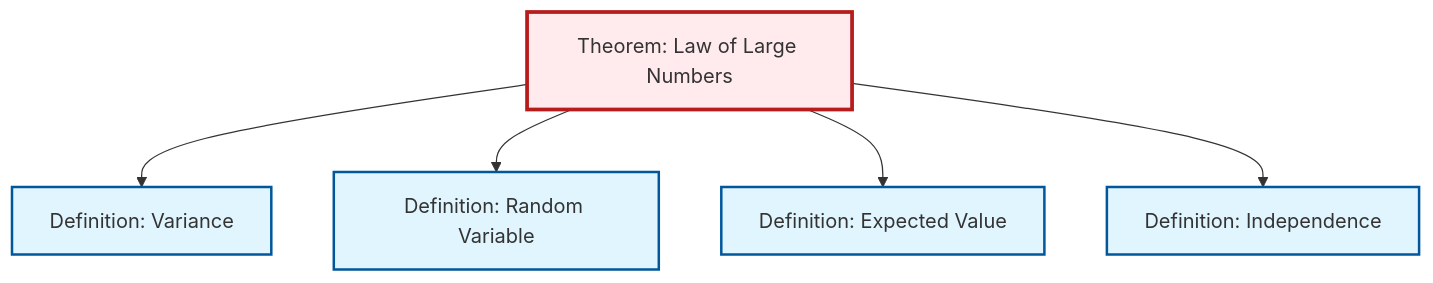
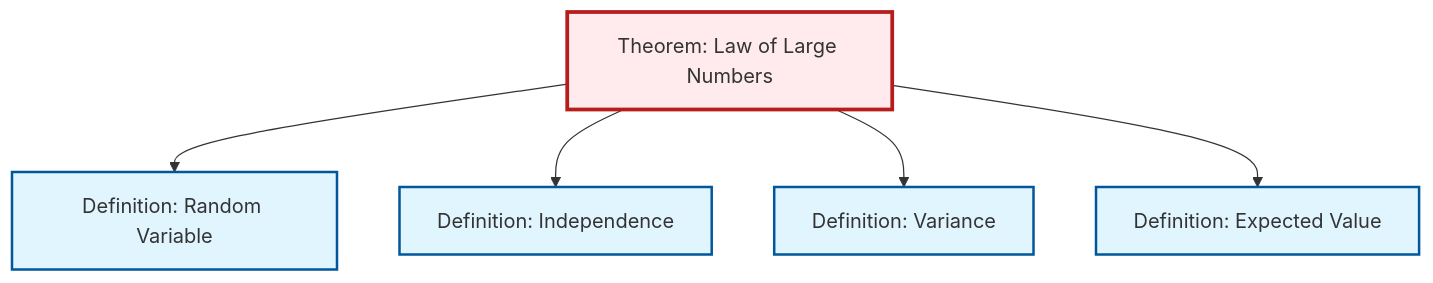
The second of 2 diagrams in content/ja/probability-statistics/thm-law-of-large-numbers.qmd (RK0429/ModernMath), drawn with Mermaid before and after one commit. The commit also changed other lines of this file and 491 other files, not shown here.

````diff
--- a/content/ja/probability-statistics/thm-law-of-large-numbers.qmd
+++ b/content/ja/probability-statistics/thm-law-of-large-numbers.qmd
@@ -84,23 +89,23 @@
 ```{mermaid}
 %%| fig-cap: "Local dependency graph"
 graph TD
     classDef definition fill:#e1f5fe,stroke:#01579b,stroke-width:2px
     classDef theorem fill:#f3e5f5,stroke:#4a148c,stroke-width:2px
     classDef axiom fill:#fff3e0,stroke:#e65100,stroke-width:2px
     classDef example fill:#e8f5e9,stroke:#1b5e20,stroke-width:2px
     classDef current fill:#ffebee,stroke:#b71c1c,stroke-width:3px
-    def-independence["Definition: Independence"]:::definition
+    def-expectation["Definition: Expected Value"]:::definition
     def-random-variable["Definition: Random Variable"]:::definition
     thm-law-of-large-numbers["Theorem: Law of Large Numbers"]:::theorem
+    def-independence["Definition: Independence"]:::definition
     def-variance["Definition: Variance"]:::definition
-    def-expectation["Definition: Expected Value"]:::definition
+    thm-law-of-large-numbers --> def-random-variable
+    thm-law-of-large-numbers --> def-independence
     thm-law-of-large-numbers --> def-variance
-    thm-law-of-large-numbers --> def-random-variable
     thm-law-of-large-numbers --> def-expectation
-    thm-law-of-large-numbers --> def-independence
     class thm-law-of-large-numbers current
+    click def-expectation "def-expectation.html" "Definition: Expected Valueへ"
+    click def-random-variable "def-random-variable.html" "Definition: Random Variableへ"
     click def-independence "def-independence.html" "Definition: Independenceへ"
-    click def-random-variable "def-random-variable.html" "Definition: Random Variableへ"
     click def-variance "def-variance.html" "Definition: Varianceへ"
-    click def-expectation "def-expectation.html" "Definition: Expected Valueへ"
 ```
````
